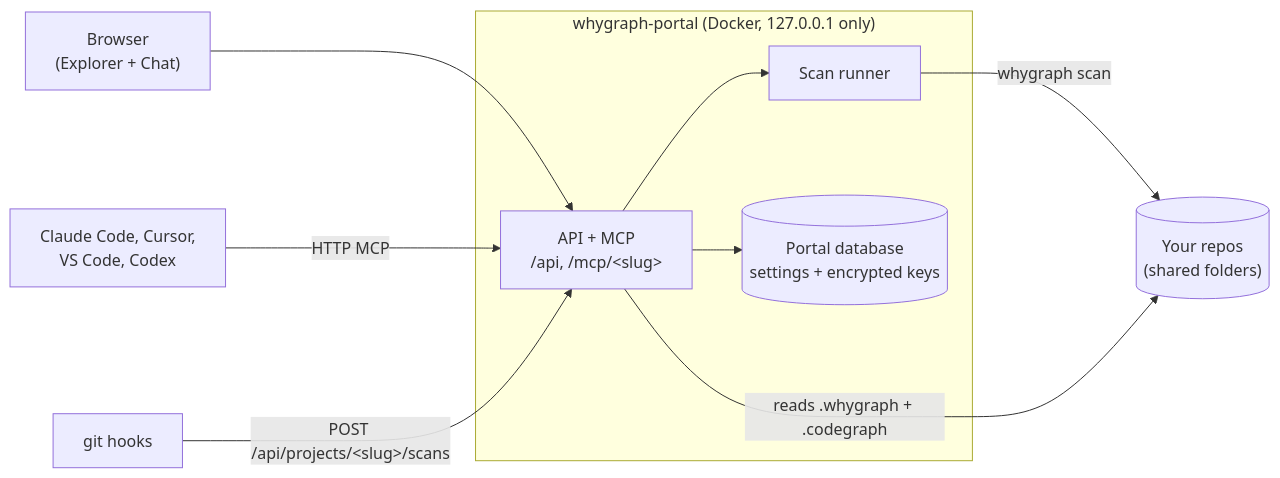
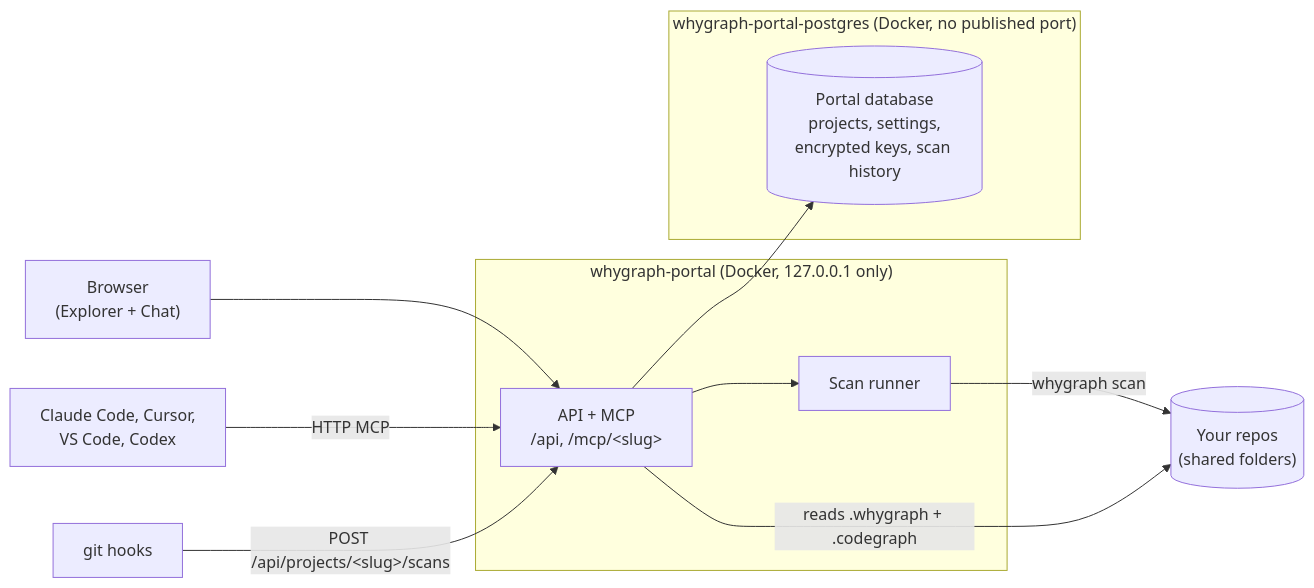
The diagram in docs/portal/index.md (mtrdesign/whygraph), drawn with Mermaid before and after one commit. The commit also changed other lines of this file and 56 other files, not shown here.

First line of the commit message:
M2a: portal database on Postgres (local and production) (#53)

````diff
--- a/docs/portal/index.md
+++ b/docs/portal/index.md
@@ -11,19 +11,21 @@
 ```mermaid
 flowchart LR
     browser["Browser<br/>(Explorer + Chat)"]
     agents["Claude Code, Cursor,<br/>VS Code, Codex"]
     subgraph portal["whygraph-portal (Docker, 127.0.0.1 only)"]
         api["API + MCP<br/>/api, /mcp/&lt;slug&gt;"]
         runner["Scan runner"]
-        db[("Portal database<br/>settings + encrypted keys")]
+    end
+    subgraph pg["whygraph-portal-postgres (Docker, no published port)"]
+        db[("Portal database<br/>projects, settings,<br/>encrypted keys, scan history")]
     end
     repos[("Your repos<br/>(shared folders)")]
 
     browser --> api
     agents -- "HTTP MCP" --> api
     api --> db
     api --> runner
     runner -- "whygraph scan" --> repos
     api -- "reads .whygraph + .codegraph" --> repos
     hooks["git hooks"] -- "POST /api/projects/&lt;slug&gt;/scans" --> api
 ```
````
